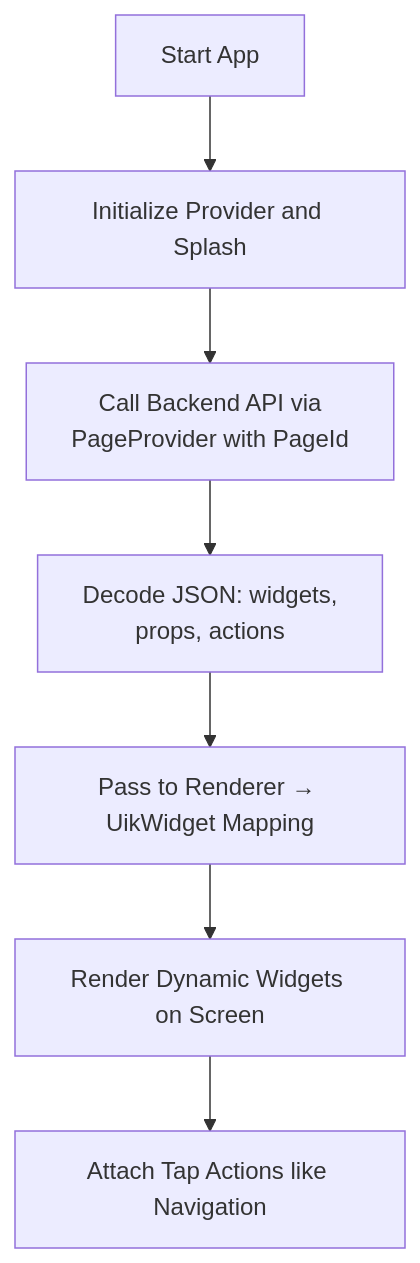
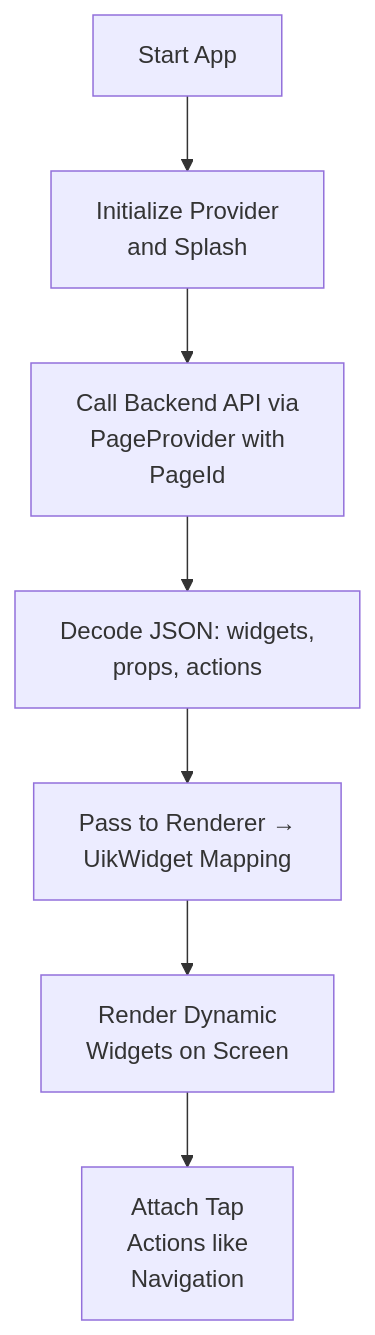
Before and after one commit to ShashwatXD/XDriven-App: the diagram in README.md, drawn with Mermaid.

````diff
--- a/README.md
+++ b/README.md
@@ -21,11 +21,17 @@
 ```mermaid
 graph TD
-    A[Start App] --> B[Initialize Provider and Splash]
+    A[Start App] --> B[Initialize Provider
+                         and Splash]
     B --> C[Call Backend API via
-     PageProvider with PageId]
+     PageProvider with
+         PageId]
     C --> D[Decode JSON: widgets,
          props, actions]
-    D --> E[Pass to Renderer → UikWidget Mapping]
-    E --> F[Render Dynamic Widgets on Screen]
-    F --> G[Attach Tap Actions like Navigation]
+    D --> E[Pass to Renderer →
+            UikWidget Mapping]
+    E --> F[Render Dynamic
+            Widgets on Screen]
+    F --> G[Attach Tap
+         Actions like
+           Navigation]
 ```
````
